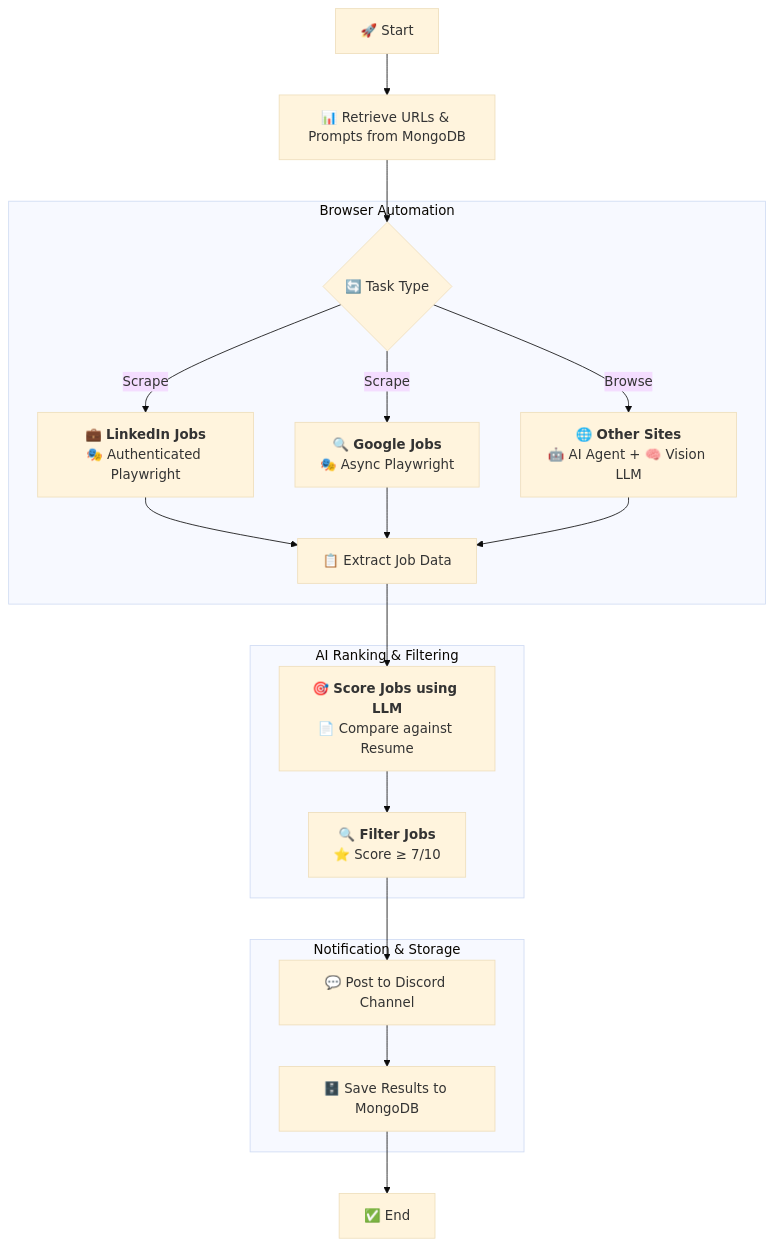
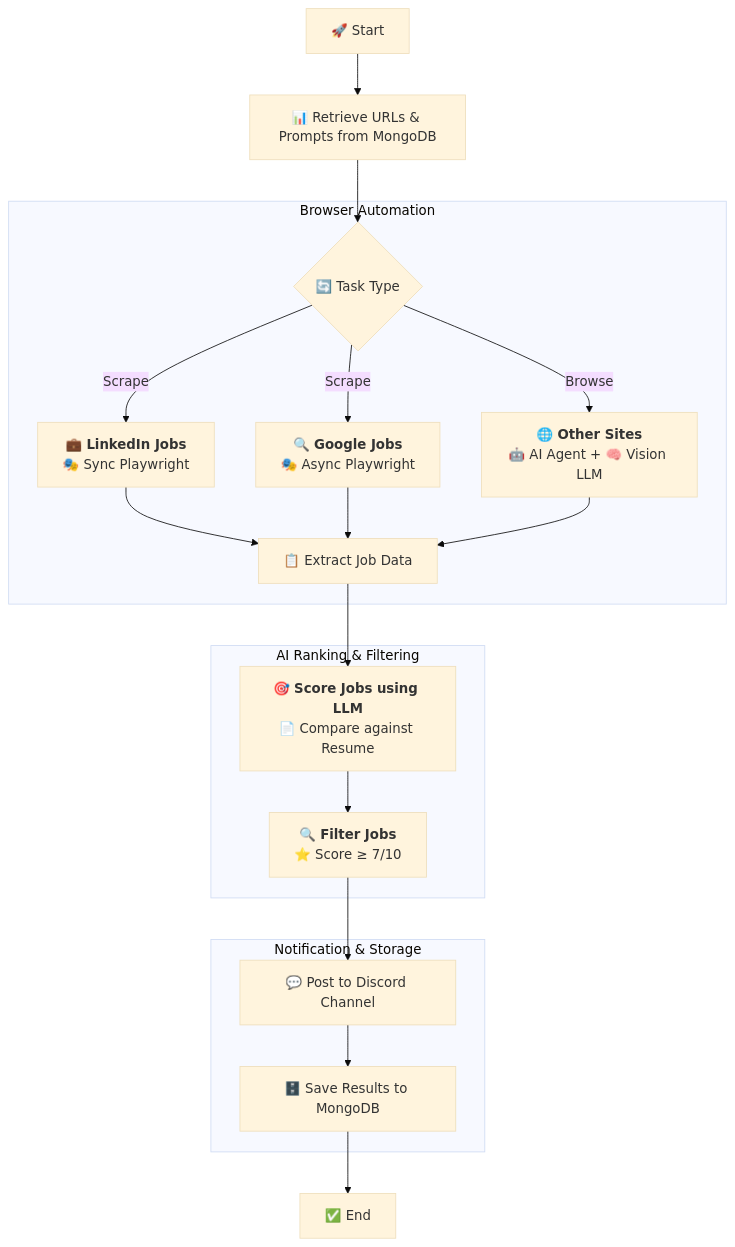
Before and after one commit to john-mwangi/llm-browser: the diagram in README.md, drawn with Mermaid (base theme).

````diff
--- a/README.md
+++ b/README.md
@@ -27,26 +27,26 @@
 ```mermaid
 graph TD
     A["🚀 Start"] --> B["📊 Retrieve URLs & Prompts from MongoDB"]
     B --> C{"🔄 Task Type"}
     
     subgraph "Browser Automation"
-        C -->|Scrape| D["💼 <b>LinkedIn Jobs</b><br/>🎭 Authenticated Playwright"]
+        C -->|Scrape| D["💼 <b>LinkedIn Jobs</b><br/>🎭 Sync Playwright"]
         C -->|Scrape| E["🔍 <b>Google Jobs</b><br/>🎭 Async Playwright"]
         C -->|Browse| F["🌐 <b>Other Sites</b><br/>🤖 AI Agent + 🧠 Vision LLM"]
         D --> G["📋 Extract Job Data"]
         E --> G
         F --> G
     end
     
     subgraph "AI Ranking & Filtering"
         G --> H["🎯 <b>Score Jobs using LLM</b><br/>📄 Compare against Resume"]
         H --> I["🔍 <b>Filter Jobs</b><br/>⭐ Score ≥ 7/10"]
     end
     
     subgraph "Notification & Storage"
         I --> J["💬 Post to Discord Channel"]
         J --> K["🗄️ Save Results to MongoDB"]
     end
     
     K --> L["✅ End"]
 ```
````
